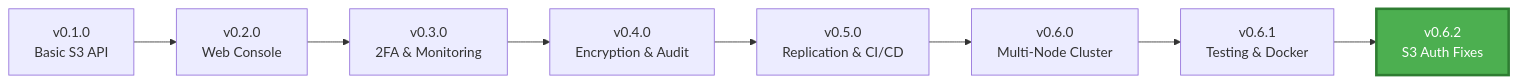
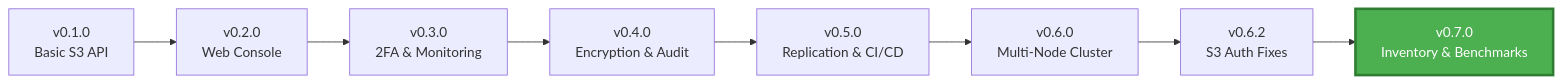
One commit to MaxIOFS/.github changed the diagram in profile/README.md. Above: the diagram before and after it, drawn with Mermaid. The commit also changed other lines of this file, not shown here.

````diff
--- a/profile/README.md
+++ b/profile/README.md
@@ -421,12 +434,12 @@
 ```mermaid
 graph LR
     A[v0.1.0<br/>Basic S3 API] --> B[v0.2.0<br/>Web Console]
     B --> C[v0.3.0<br/>2FA & Monitoring]
     C --> D[v0.4.0<br/>Encryption & Audit]
     D --> E[v0.5.0<br/>Replication & CI/CD]
     E --> F[v0.6.0<br/>Multi-Node Cluster]
-    F --> G[v0.6.1<br/>Testing & Docker]
-    G --> H[v0.6.2<br/>S3 Auth Fixes]
+    F --> G[v0.6.2<br/>S3 Auth Fixes]
+    G --> H[v0.7.0<br/>Inventory & Benchmarks]
 
     style H fill:#4CAF50,stroke:#2E7D32,stroke-width:3px,color:#fff
 ```
````
